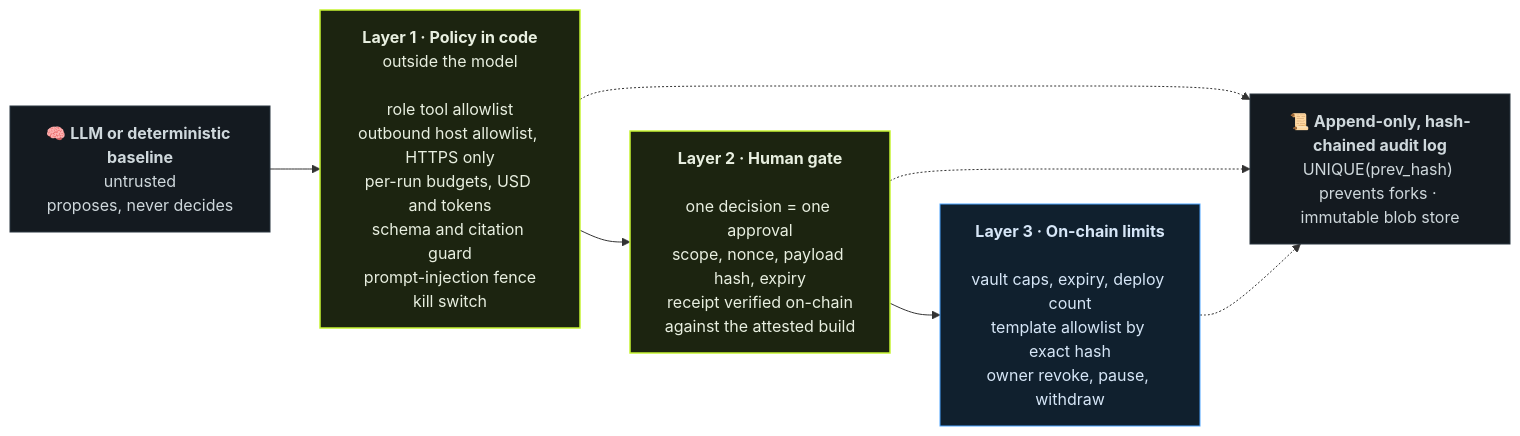
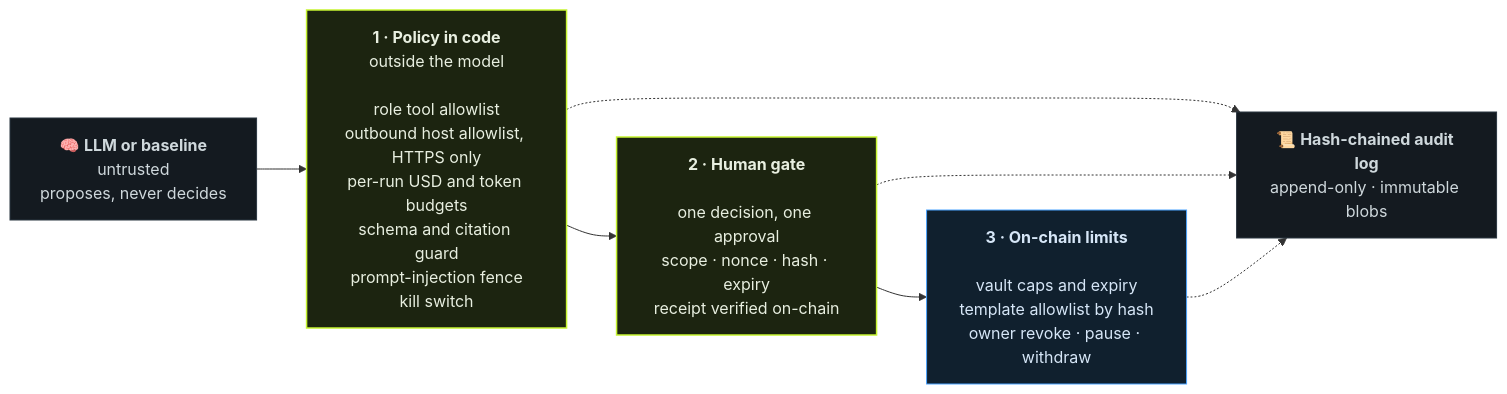
Before and after one commit to johnnyduo/autonear: the third of 3 diagrams in README.md, drawn with Mermaid. The commit also changed other lines of this file and 20 other files, not shown here.

First line of the commit message:
docs: slimmer README with designed banner, pill buttons, stat strip; 3 diagrams, 5 screenshots

````diff
--- a/README.md
+++ b/README.md
@@ -347,17 +152,15 @@
 ```mermaid
 flowchart LR
     classDef l fill:#141a20,stroke:#2b3640,color:#cfd8dc
     classDef k fill:#1c2410,stroke:#c6f432,color:#e8efe0,stroke-width:1.5px
     classDef c fill:#10202e,stroke:#4aa3ff,color:#d6e6f7
 
-    LLM["🧠 <b>LLM or deterministic baseline</b><br/>untrusted<br/>proposes, never decides"]:::l
-    L1["<b>Layer 1 · Policy in code</b><br/>outside the model<br/><br/>role tool allowlist<br/>outbound host allowlist, HTTPS only<br/>per-run budgets, USD and tokens<br/>schema and citation guard<br/>prompt-injection fence<br/>kill switch"]:::k
-    L2["<b>Layer 2 · Human gate</b><br/><br/>one decision = one approval<br/>scope, nonce, payload hash, expiry<br/>receipt verified on-chain<br/>against the attested build"]:::k
-    L3["<b>Layer 3 · On-chain limits</b><br/><br/>vault caps, expiry, deploy count<br/>template allowlist by exact hash<br/>owner revoke, pause, withdraw"]:::c
-    AUD["📜 <b>Append-only, hash-chained audit log</b><br/>UNIQUE(prev_hash) prevents forks · immutable blob store"]:::l
+    LLM["🧠 <b>LLM or baseline</b><br/>untrusted<br/>proposes, never decides"]:::l
+    L1["<b>1 · Policy in code</b><br/>outside the model<br/><br/>role tool allowlist<br/>outbound host allowlist, HTTPS only<br/>per-run USD and token budgets<br/>schema and citation guard<br/>prompt-injection fence<br/>kill switch"]:::k
+    L2["<b>2 · Human gate</b><br/><br/>one decision, one approval<br/>scope · nonce · hash · expiry<br/>receipt verified on-chain"]:::k
+    L3["<b>3 · On-chain limits</b><br/><br/>vault caps and expiry<br/>template allowlist by hash<br/>owner revoke · pause · withdraw"]:::c
+    AUD["📜 <b>Hash-chained audit log</b><br/>append-only · immutable blobs"]:::l
 
     LLM --> L1 --> L2 --> L3
-    L1 -.-> AUD
-    L2 -.-> AUD
-    L3 -.-> AUD
+    L1 & L2 & L3 -.-> AUD
 ```
````
